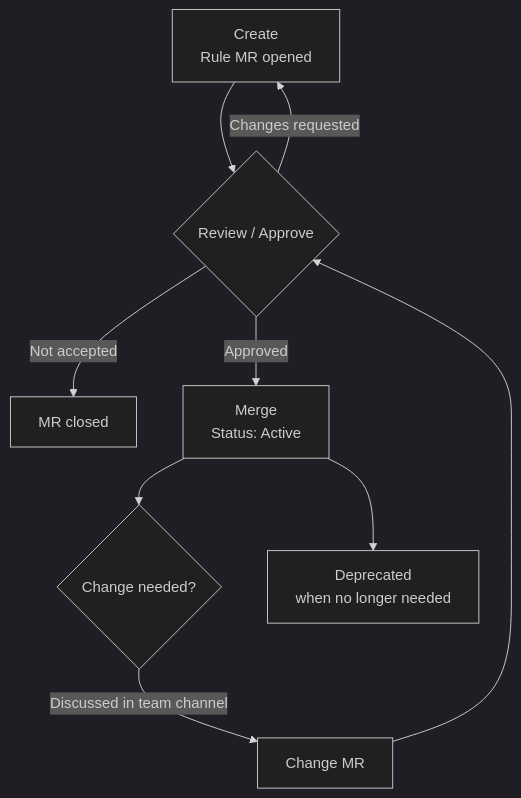
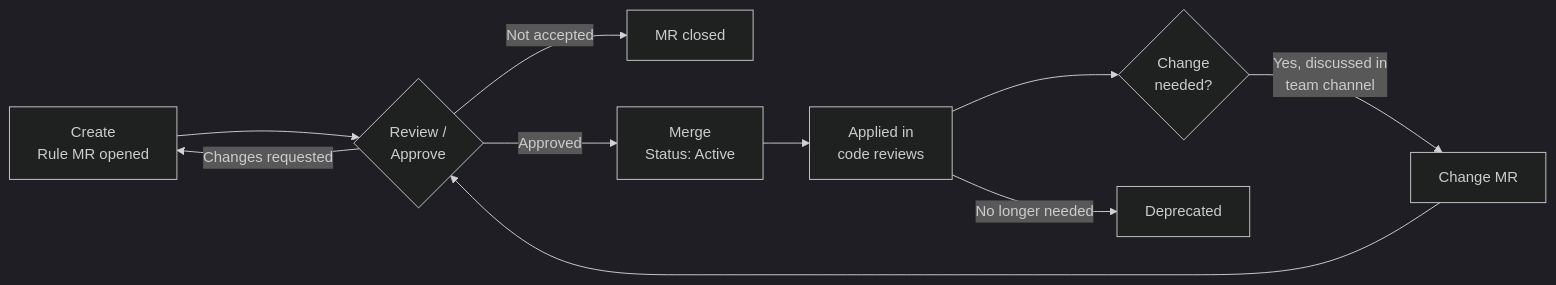
The diagram in CONTRIBUTING.md (truongdxn/crm-code-standards), drawn with Mermaid (dark theme) before and after one commit.

Commit message:
Lay out rule lifecycle horizontally and show changes come from use in reviews
Claude-Session: https://claude.ai/code/session_0151ymt6qMHJxeeX47ZcUn5w

````diff
--- a/CONTRIBUTING.md
+++ b/CONTRIBUTING.md
@@ -18,11 +18,12 @@
 ```mermaid
-flowchart TD
-    A["Create<br/>Rule MR opened"] --> B{"Review / Approve"}
+flowchart LR
+    A["Create<br/>Rule MR opened"] --> B{"Review /<br/>Approve"}
     B -->|Changes requested| A
     B -->|Not accepted| X["MR closed"]
     B -->|Approved| C["Merge<br/>Status: Active"]
-    C --> D{"Change needed?"}
-    D -->|Discussed in team channel| E["Change MR"]
-    E --> B
-    C --> F["Deprecated<br/>when no longer needed"]
+    C --> D["Applied in<br/>code reviews"]
+    D --> E{"Change<br/>needed?"}
+    E -->|Yes, discussed in<br/>team channel| F["Change MR"]
+    F --> B
+    D -->|No longer needed| G["Deprecated"]
 ```
````
